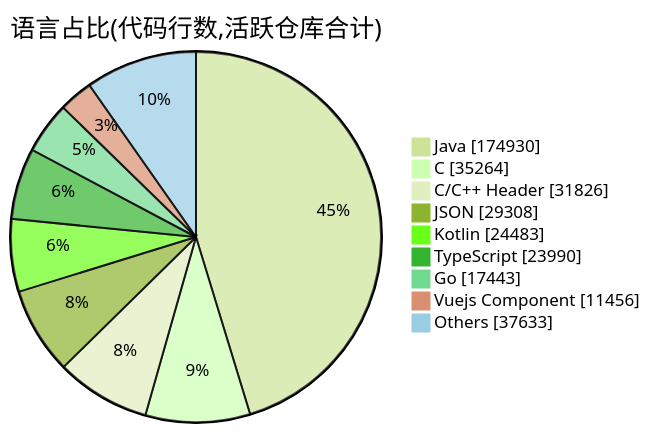
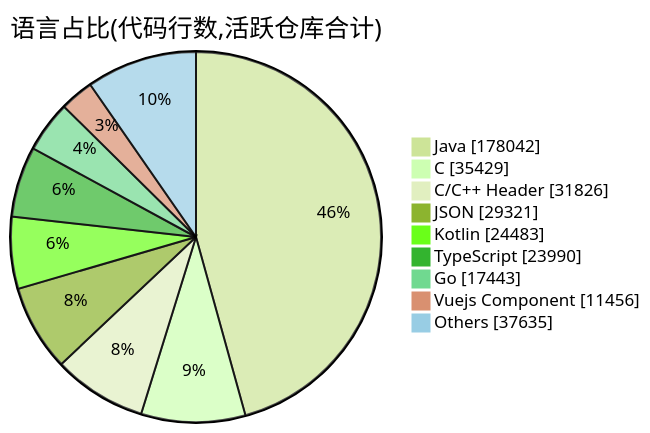
One commit to Conflux-Union/.github changed the second of 2 diagrams in profile/README.md. Above: the diagram before and after it, drawn with Mermaid (forest theme). The commit also changed other lines of this file and 1 other file, not shown here.

````diff
--- a/profile/README.md
+++ b/profile/README.md
@@ -81,13 +81,13 @@
 ```mermaid
 pie showData
     title 语言占比(代码行数,活跃仓库合计)
-    "Java" : 174930
-    "C" : 35264
+    "Java" : 178042
+    "C" : 35429
     "C/C++ Header" : 31826
-    "JSON" : 29308
+    "JSON" : 29321
     "Kotlin" : 24483
     "TypeScript" : 23990
     "Go" : 17443
     "Vuejs Component" : 11456
-    "Others" : 37633
+    "Others" : 37635
 ```
````
